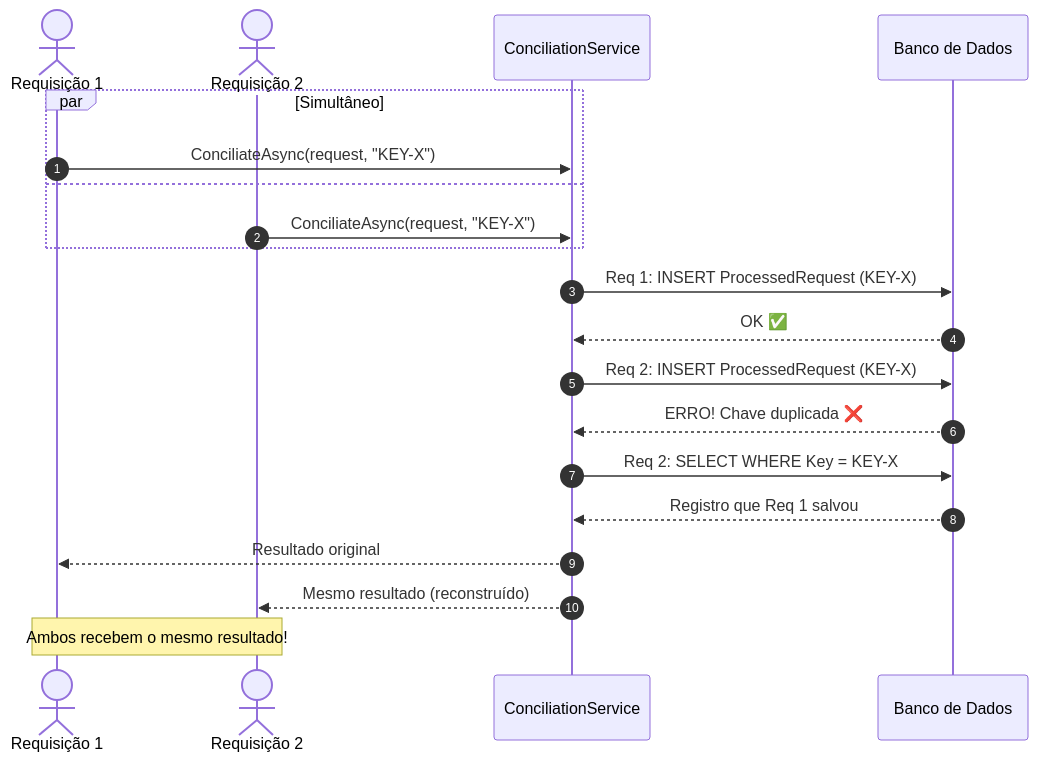
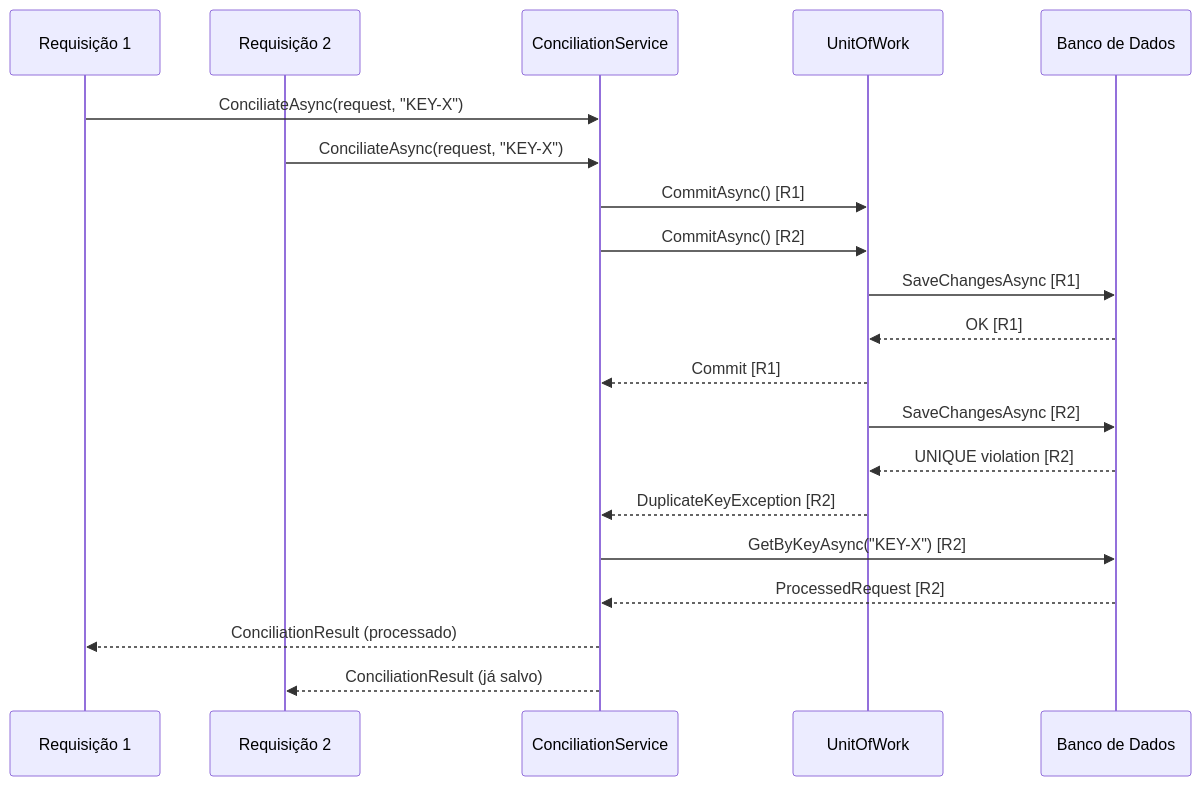
The third of 5 diagrams in docs/COMO-FUNCIONA-O-PROJETO.md (awernek/Conciliacao), drawn with Mermaid before and after one commit. The commit also changed other lines of this file and 22 other files, not shown here.

````diff
--- a/docs/COMO-FUNCIONA-O-PROJETO.md
+++ b/docs/COMO-FUNCIONA-O-PROJETO.md
@@ -293,28 +261,23 @@
 ```mermaid
 sequenceDiagram
-    autonumber
-    actor R1 as Requisição 1
-    actor R2 as Requisição 2
+    participant R1 as Requisição 1
+    participant R2 as Requisição 2
     participant S as ConciliationService
+    participant UoW as UnitOfWork
     participant DB as Banco de Dados
 
-    par Simultâneo
-        R1->>S: ConciliateAsync(request, "KEY-X")
-    and
-        R2->>S: ConciliateAsync(request, "KEY-X")
-    end
-
-    S->>DB: Req 1: INSERT ProcessedRequest (KEY-X)
-    DB-->>S: OK ✅
-
-    S->>DB: Req 2: INSERT ProcessedRequest (KEY-X)
-    DB-->>S: ERRO! Chave duplicada ❌
-
-    S->>DB: Req 2: SELECT WHERE Key = KEY-X
-    DB-->>S: Registro que Req 1 salvou
-
-    S-->>R1: Resultado original
-    S-->>R2: Mesmo resultado (reconstruído)
-
-    Note over R1,R2: Ambos recebem o mesmo resultado!
+    R1->>S: ConciliateAsync(request, "KEY-X")
+    R2->>S: ConciliateAsync(request, "KEY-X")
+    S->>UoW: CommitAsync() [R1]
+    S->>UoW: CommitAsync() [R2]
+    UoW->>DB: SaveChangesAsync [R1]
+    DB-->>UoW:  OK [R1]
+    UoW-->>S:  Commit [R1]
+    UoW->>DB: SaveChangesAsync [R2]
+    DB-->>UoW:  UNIQUE violation [R2]
+    UoW-->>S: DuplicateKeyException [R2]
+    S->>DB: GetByKeyAsync("KEY-X") [R2]
+    DB-->>S: ProcessedRequest [R2]
+    S-->>R1: ConciliationResult (processado)
+    S-->>R2: ConciliationResult (já salvo)
 ```
````
